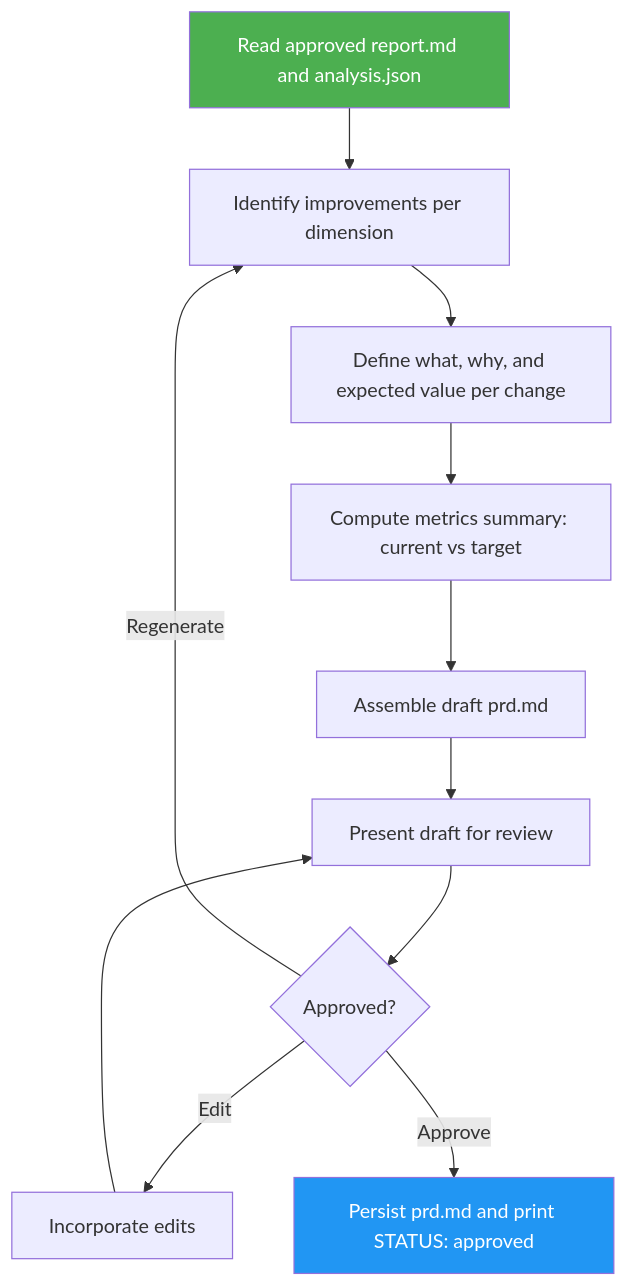
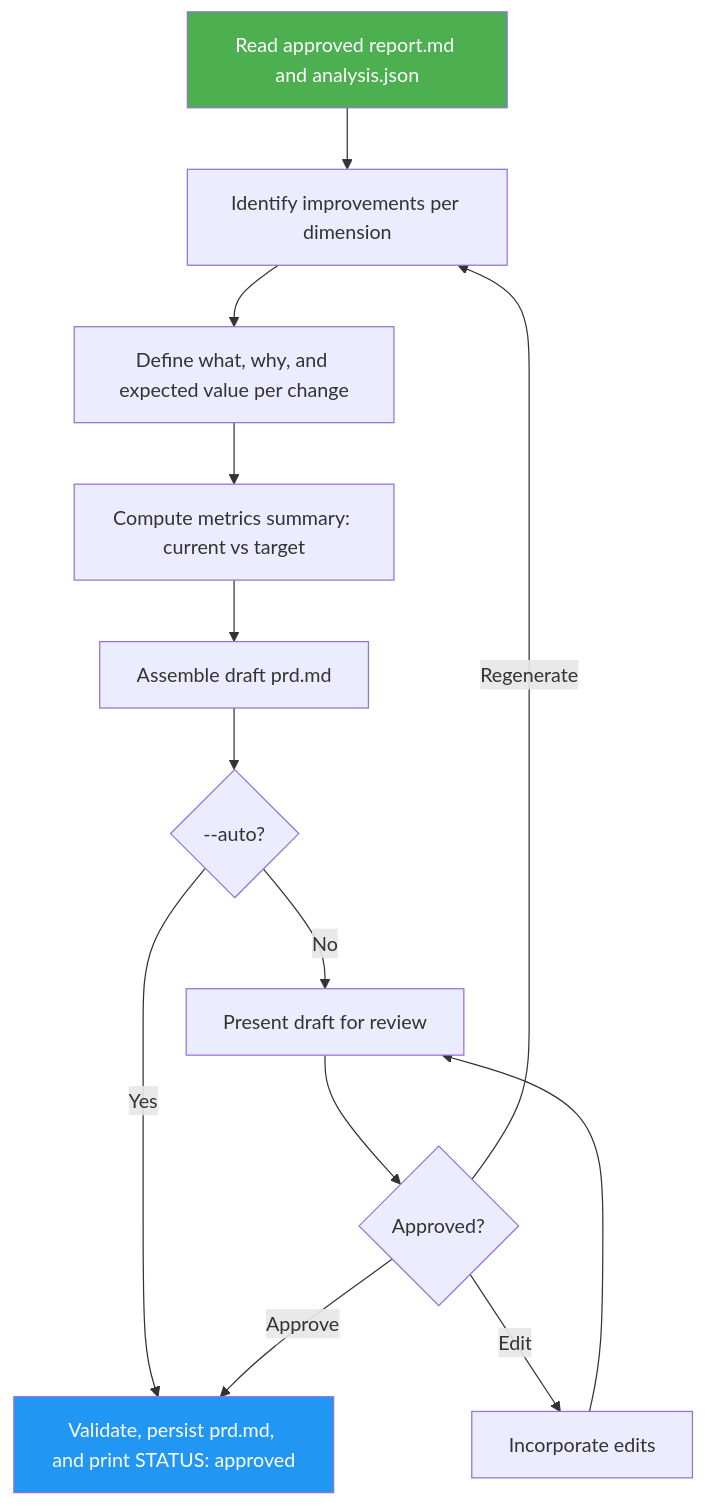
One commit to luongnv89/bettersite changed the diagram in .agents/skills/website-cloner/website-improvement-prd/docs/README.md. Above: the diagram before and after it, drawn with Mermaid. The commit also changed other lines of this file and 15 other files, not shown here.

````diff
--- a/.agents/skills/website-cloner/website-improvement-prd/docs/README.md
+++ b/.agents/skills/website-cloner/website-improvement-prd/docs/README.md
@@ -29,15 +29,17 @@
 ```mermaid
 graph TD
     A["Read approved report.md and analysis.json"] --> B["Identify improvements per dimension"]
     B --> C["Define what, why, and expected value per change"]
     C --> D["Compute metrics summary: current vs target"]
     D --> E["Assemble draft prd.md"]
-    E --> F["Present draft for review"]
+    E --> M{"--auto?"}
+    M -->|Yes| I["Validate, persist prd.md, and print STATUS: approved"]
+    M -->|No| F["Present draft for review"]
     F --> G{"Approved?"}
     G -->|Edit| H["Incorporate edits"]
     H --> F
     G -->|Regenerate| B
-    G -->|Approve| I["Persist prd.md and print STATUS: approved"]
+    G -->|Approve| I
     style A fill:#4CAF50,color:#fff
     style I fill:#2196F3,color:#fff
 ```
````
